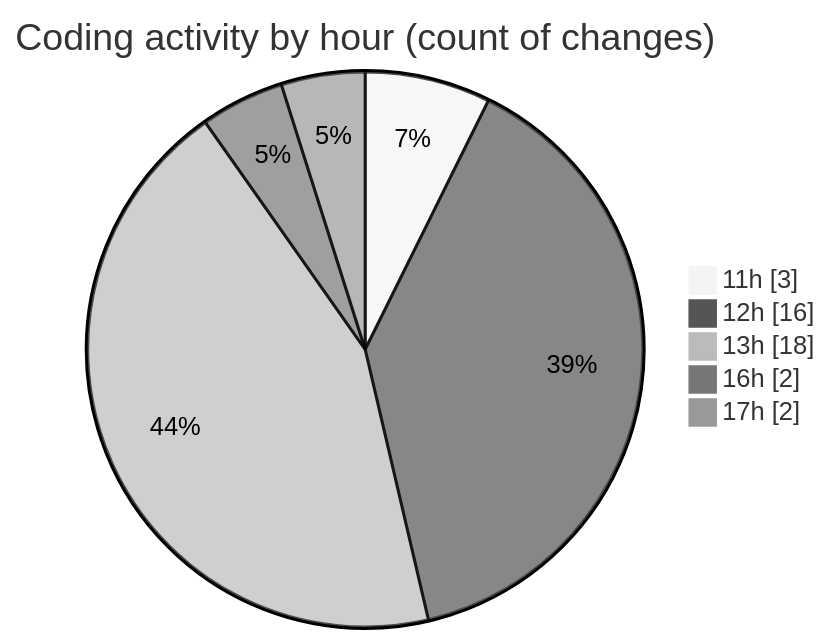
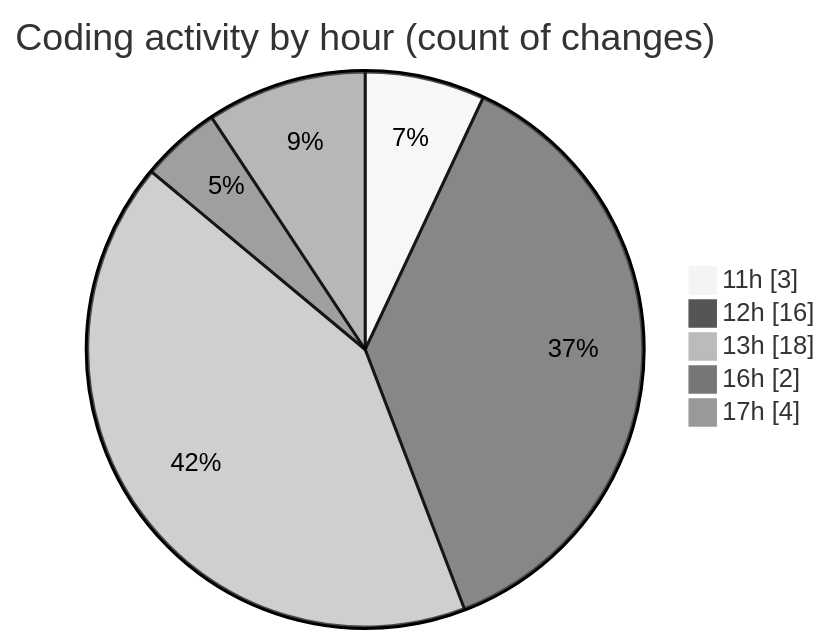
The second of 2 diagrams in 2025-06-03/nxtqube_webapp/README.md (nxtqubesakshisongat/code-tracking), drawn with Mermaid (neutral theme) before and after one commit. The commit also changed other lines of this file and 1 other file, not shown here.

````diff
--- a/2025-06-03/nxtqube_webapp/README.md
+++ b/2025-06-03/nxtqube_webapp/README.md
@@ -30,9 +30,9 @@
 ```mermaid
 pie showData
 title Coding activity by hour (count of changes)
 "11h" : 3
 "12h" : 16
 "13h" : 18
 "16h" : 2
-"17h" : 2
+"17h" : 4
 ```
````
